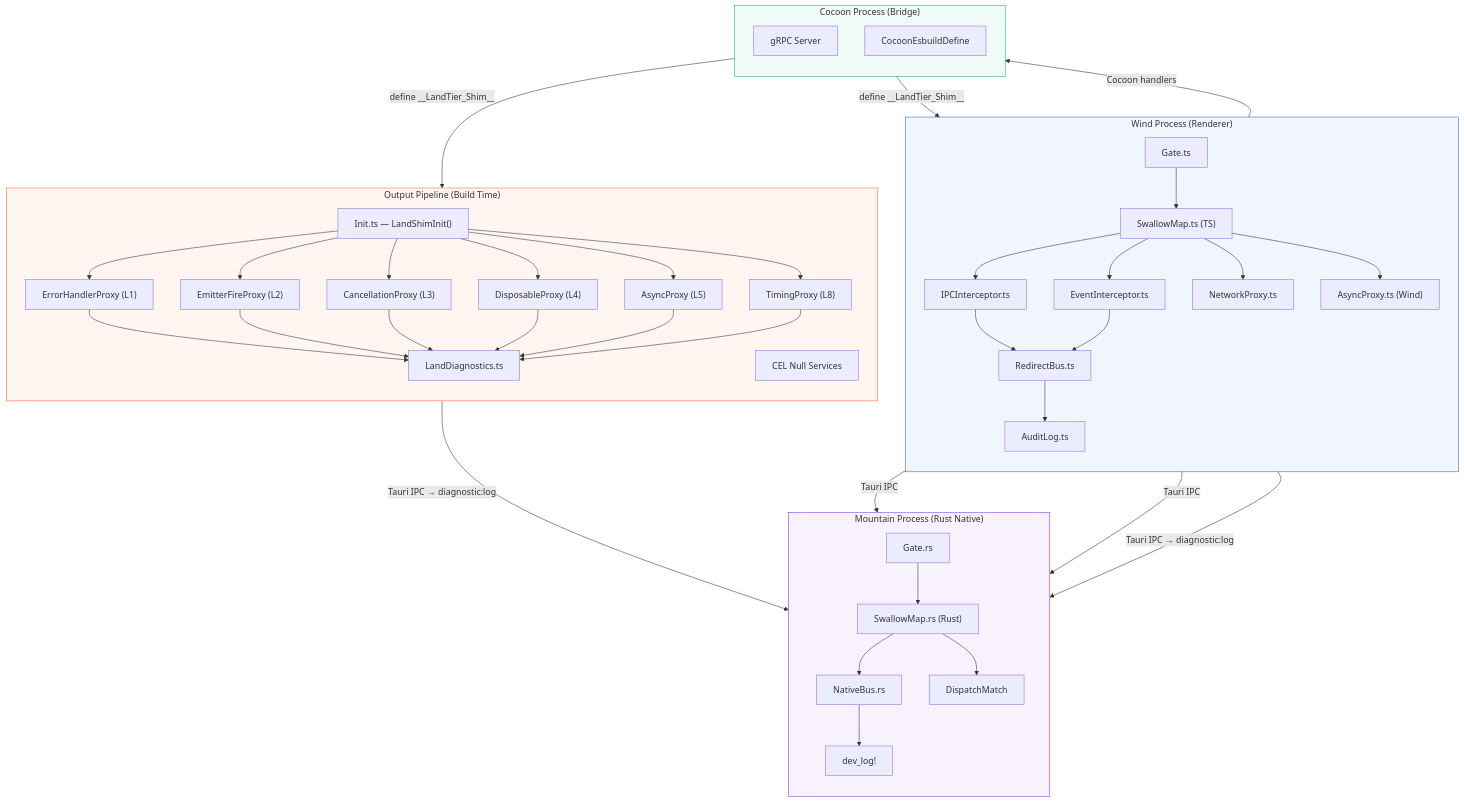
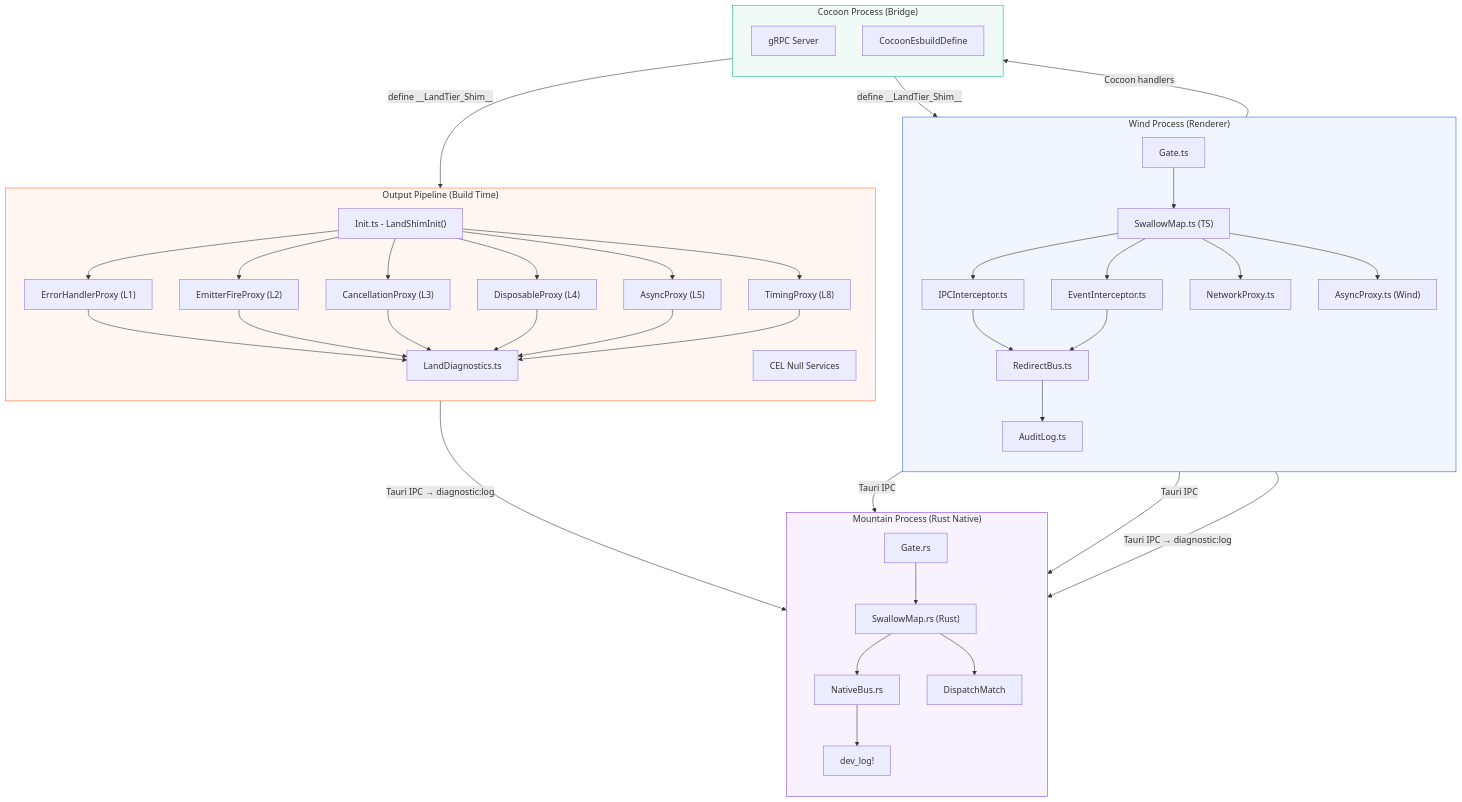
Before and after one commit to CodeEditorLand/Site: the third of 4 diagrams in Source/Content/doc/coverage.md, drawn with Mermaid. The commit also changed other lines of this file and 69 other files, not shown here.

```diff
--- a/Source/Content/doc/coverage.md
+++ b/Source/Content/doc/coverage.md
@@ -522,7 +522,7 @@
 
     subgraph PROCESS_OUTPUT["Output Pipeline (Build Time)"]
         direction TB
-        O_INIT["Init.ts — LandShimInit()"]
+        O_INIT["Init.ts - LandShimInit()"]
         O_LD["LandDiagnostics.ts"]
         O_L1["ErrorHandlerProxy (L1)"]
         O_L2["EmitterFireProxy (L2)"]
```
